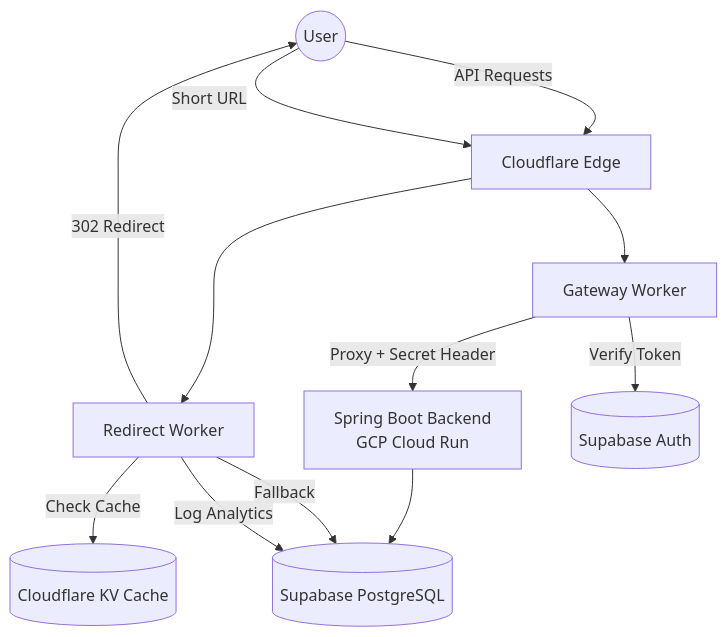
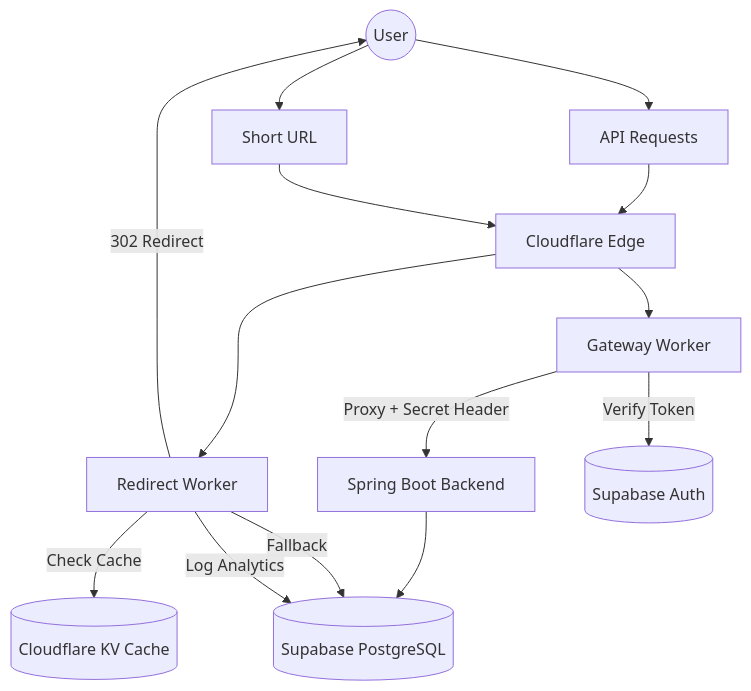
Before and after one commit to malinduGamage/url-shortener: the diagram in SYSTEM_DESIGN.md, drawn with Mermaid. The commit also changed other lines of this file, not shown here.

Commit message:
fix(docs): fix mermaid diagram syntax in system design

````diff
--- a/SYSTEM_DESIGN.md
+++ b/SYSTEM_DESIGN.md
@@ -9,24 +9,25 @@
 ```mermaid
-graph TD
+flowchart TD
     User((User))
     Edge[Cloudflare Edge]
     Gateway[Gateway Worker]
     Redirect[Redirect Worker]
     KV[(Cloudflare KV Cache)]
-    Backend[Spring Boot Backend<br/>GCP Cloud Run]
+    Backend[Spring Boot Backend]
     DB[(Supabase PostgreSQL)]
     Auth[(Supabase Auth)]
 
-    User -->|API Requests| Edge
+    User --> API_Req[API Requests] --> Edge
+    User --> Short_URL[Short URL] --> Edge
+
     Edge --> Gateway
     Gateway -->|Verify Token| Auth
     Gateway -->|Proxy + Secret Header| Backend
     Backend --> DB
 
-    User -->|Short URL| Edge
     Edge --> Redirect
     Redirect -->|Check Cache| KV
     Redirect -->|Fallback| DB
     Redirect -->|Log Analytics| DB
     Redirect -->|302 Redirect| User
 ```
````
